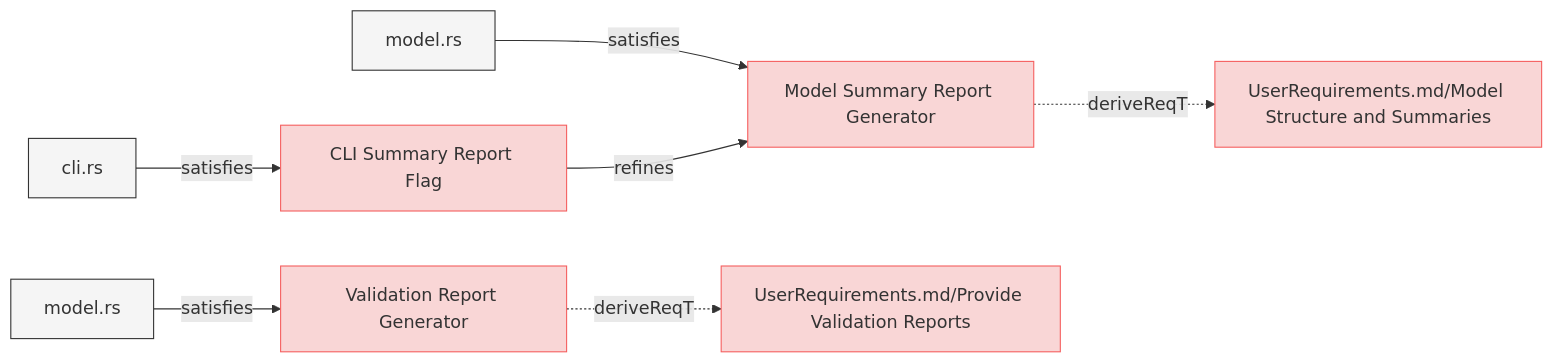
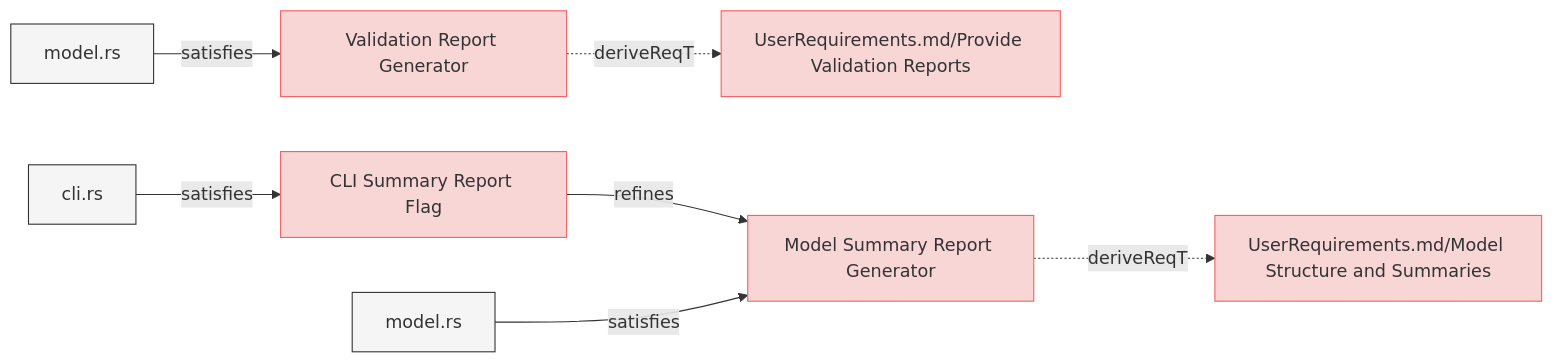
The eighth of 8 diagrams in specifications/SystemRequirements/Requirements.md (reqvire-org/reqvire), drawn with Mermaid before and after one commit. The commit also changed other lines of this file and 17 other files, not shown here.

Commit message:
Auto-generate diagrams after PR merge to main

````diff
--- a/specifications/SystemRequirements/Requirements.md
+++ b/specifications/SystemRequirements/Requirements.md
@@ -1067,39 +1067,39 @@
 ```mermaid
 graph LR;
   %% Graph styling
   classDef requirement fill:#f9d6d6,stroke:#f55f5f,stroke-width:1px;
   classDef verification fill:#d6f9d6,stroke:#5fd75f,stroke-width:1px;
   classDef externalLink fill:#d0e0ff,stroke:#3080ff,stroke-width:1px;
   classDef default fill:#f5f5f5,stroke:#333333,stroke-width:1px;
 
-  cccd4e46e2b3239a["Model Summary Report Generator"];
-  click cccd4e46e2b3239a "https://github.com/ilijaljubicic/ReqFlow/blob/29a17f176519a28e973567d4102beb95f41075ed/specifications/SystemRequirements/Requirements.md#model-summary-report-generator";
-  class cccd4e46e2b3239a requirement;
-  b342220e0dc8751d["UserRequirements.md/Model Structure and Summaries"];
-  class b342220e0dc8751d requirement;
-  click b342220e0dc8751d "https://github.com/ilijaljubicic/ReqFlow/blob/29a17f176519a28e973567d4102beb95f41075ed/specifications/UserRequirements.md#model-structure-and-summaries";
-  cccd4e46e2b3239a -.->|deriveReqT| b342220e0dc8751d;
-  6292255058880ee6["model.rs"];
-  class 6292255058880ee6 default;
-  click 6292255058880ee6 "https://github.com/ilijaljubicic/ReqFlow/blob/29a17f176519a28e973567d4102beb95f41075ed/core/src/reports.rs";
-  6292255058880ee6 -->|satisfies| cccd4e46e2b3239a;
-  143766be8cc41384["Validation Report Generator"];
-  click 143766be8cc41384 "https://github.com/ilijaljubicic/ReqFlow/blob/29a17f176519a28e973567d4102beb95f41075ed/specifications/SystemRequirements/Requirements.md#validation-report-generator";
-  class 143766be8cc41384 requirement;
-  482c757913204fb8["UserRequirements.md/Provide Validation Reports"];
-  class 482c757913204fb8 requirement;
-  click 482c757913204fb8 "https://github.com/ilijaljubicic/ReqFlow/blob/29a17f176519a28e973567d4102beb95f41075ed/specifications/UserRequirements.md#provide-validation-reports";
-  143766be8cc41384 -.->|deriveReqT| 482c757913204fb8;
-  6136c216c9f80165["model.rs"];
-  class 6136c216c9f80165 default;
-  click 6136c216c9f80165 "https://github.com/ilijaljubicic/ReqFlow/blob/29a17f176519a28e973567d4102beb95f41075ed/core/src/model.rs";
-  6136c216c9f80165 -->|satisfies| 143766be8cc41384;
-  6f86272134897867["CLI Summary Report Flag"];
-  click 6f86272134897867 "https://github.com/ilijaljubicic/ReqFlow/blob/29a17f176519a28e973567d4102beb95f41075ed/specifications/SystemRequirements/Requirements.md#cli-summary-report-flag";
-  class 6f86272134897867 requirement;
-  6f86272134897867 -->|refines| cccd4e46e2b3239a;
-  11ffc4632afd7c4c["cli.rs"];
-  class 11ffc4632afd7c4c default;
-  click 11ffc4632afd7c4c "https://github.com/ilijaljubicic/ReqFlow/blob/29a17f176519a28e973567d4102beb95f41075ed/cli/src/cli.rs";
-  11ffc4632afd7c4c -->|satisfies| 6f86272134897867;
+  8d7c27b4431d39d0["Validation Report Generator"];
+  click 8d7c27b4431d39d0 "https://github.com/ilijaljubicic/ReqFlow/blob/73d5ae1d93adea71fdf4cc508be4d1ae09be068f/specifications/SystemRequirements/Requirements.md#validation-report-generator";
+  class 8d7c27b4431d39d0 requirement;
+  a4b1fa740dda1d5["UserRequirements.md/Provide Validation Reports"];
+  class a4b1fa740dda1d5 requirement;
+  click a4b1fa740dda1d5 "https://github.com/ilijaljubicic/ReqFlow/blob/73d5ae1d93adea71fdf4cc508be4d1ae09be068f/specifications/UserRequirements.md#provide-validation-reports";
+  8d7c27b4431d39d0 -.->|deriveReqT| a4b1fa740dda1d5;
+  9efd257c4e6a45f9["model.rs"];
+  class 9efd257c4e6a45f9 default;
+  click 9efd257c4e6a45f9 "https://github.com/ilijaljubicic/ReqFlow/blob/73d5ae1d93adea71fdf4cc508be4d1ae09be068f/core/src/model.rs";
+  9efd257c4e6a45f9 -->|satisfies| 8d7c27b4431d39d0;
+  9cd307abe52b0aee["CLI Summary Report Flag"];
+  click 9cd307abe52b0aee "https://github.com/ilijaljubicic/ReqFlow/blob/73d5ae1d93adea71fdf4cc508be4d1ae09be068f/specifications/SystemRequirements/Requirements.md#cli-summary-report-flag";
+  class 9cd307abe52b0aee requirement;
+  fc02b00d367074d6["Model Summary Report Generator"];
+  class fc02b00d367074d6 requirement;
+  click fc02b00d367074d6 "https://github.com/ilijaljubicic/ReqFlow/blob/73d5ae1d93adea71fdf4cc508be4d1ae09be068f/specifications/SystemRequirements/Requirements.md#model-summary-report-generator";
+  9cd307abe52b0aee -->|refines| fc02b00d367074d6;
+  b2b6ff676ff5d2cc["cli.rs"];
+  class b2b6ff676ff5d2cc default;
+  click b2b6ff676ff5d2cc "https://github.com/ilijaljubicic/ReqFlow/blob/73d5ae1d93adea71fdf4cc508be4d1ae09be068f/cli/src/cli.rs";
+  b2b6ff676ff5d2cc -->|satisfies| 9cd307abe52b0aee;
+  738524091202242b["UserRequirements.md/Model Structure and Summaries"];
+  class 738524091202242b requirement;
+  click 738524091202242b "https://github.com/ilijaljubicic/ReqFlow/blob/73d5ae1d93adea71fdf4cc508be4d1ae09be068f/specifications/UserRequirements.md#model-structure-and-summaries";
+  fc02b00d367074d6 -.->|deriveReqT| 738524091202242b;
+  637cddc09584518["model.rs"];
+  class 637cddc09584518 default;
+  click 637cddc09584518 "https://github.com/ilijaljubicic/ReqFlow/blob/73d5ae1d93adea71fdf4cc508be4d1ae09be068f/core/src/reports.rs";
+  637cddc09584518 -->|satisfies| fc02b00d367074d6;
 ```
````
